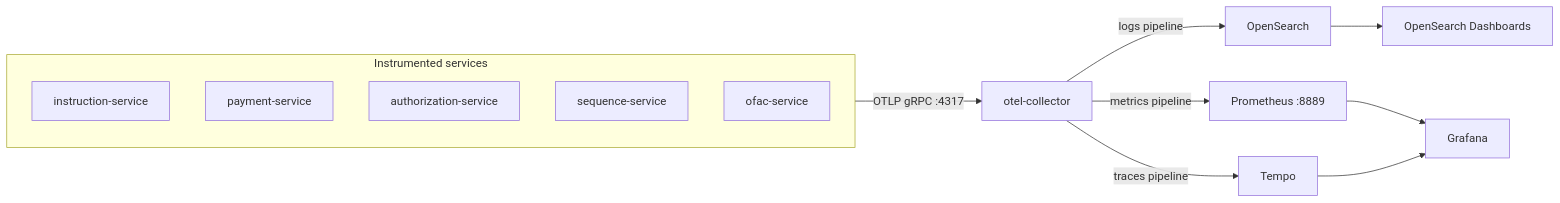
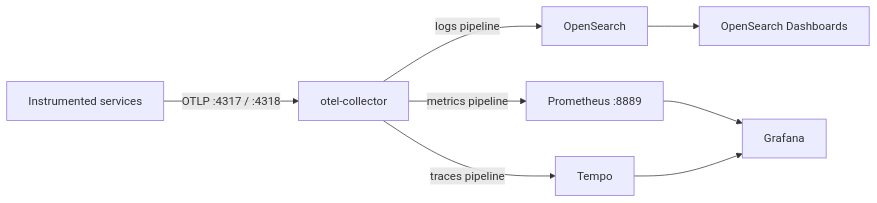
The second of 3 diagrams in README.md (sanjuthomas/observability-mesh), drawn with Mermaid before and after one commit. The commit also changed other lines of this file and 2 other files, not shown here.

First line of the commit message:
Split platform docs from payment-ofac-demo workload README.

````diff
--- a/README.md
+++ b/README.md
@@ -61,18 +62,10 @@
 ```mermaid
 flowchart LR
-    subgraph Apps[Instrumented services]
-        direction TB
-        Inst[instruction-service]
-        Pay[payment-service]
-        Authz[authorization-service]
-        Seq[sequence-service]
-        OFAC[ofac-service]
-    end
-    Apps -->|OTLP gRPC :4317| OTel[otel-collector]
+    Apps[Instrumented services] -->|OTLP :4317 / :4318| OTel[otel-collector]
     OTel -->|logs pipeline| OS[OpenSearch]
     OTel -->|metrics pipeline| Prom[Prometheus :8889]
     OTel -->|traces pipeline| Tempo[Tempo]
     Prom --> Grafana[Grafana]
     Tempo --> Grafana
     OS --> OSD[OpenSearch Dashboards]
 ```
````
